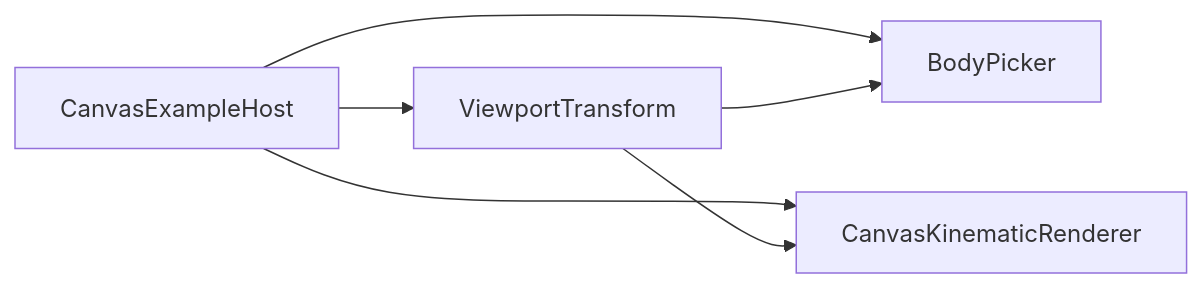
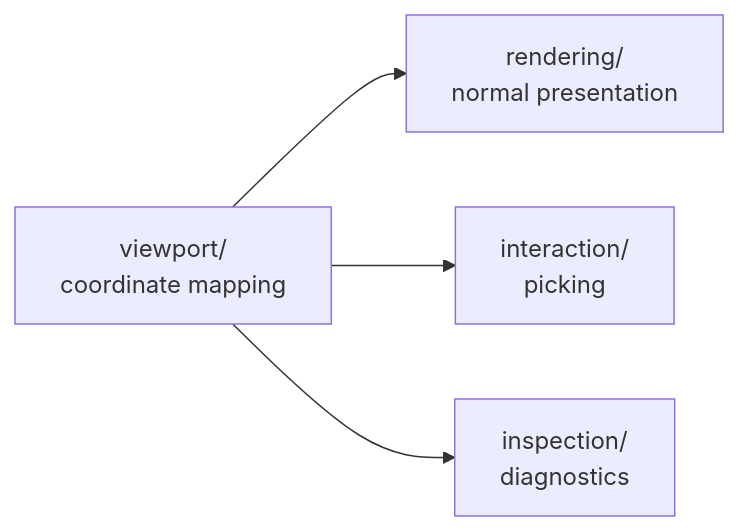
The first of 2 diagrams in src/visualization/README.md (fa-ribeiro/vLab2D), drawn with Mermaid before and after one commit. The commit also changed other lines of this file and 2 other files, not shown here.

Commit message:
docs: document visualization inspection architecture

````diff
--- a/src/visualization/README.md
+++ b/src/visualization/README.md
@@ -129,13 +25,11 @@
 ```mermaid
 flowchart LR
-    H["CanvasExampleHost"]
-    V["ViewportTransform"]
-    P["BodyPicker"]
-    R["CanvasKinematicRenderer"]
+    V["viewport/<br/>coordinate mapping"]
+    R["rendering/<br/>normal presentation"]
+    P["interaction/<br/>picking"]
+    I["inspection/<br/>diagnostics"]
 
-    H --> V
-    H --> P
-    H --> R
+    V --> R
     V --> P
-    V --> R
+    V --> I
 ```
````
